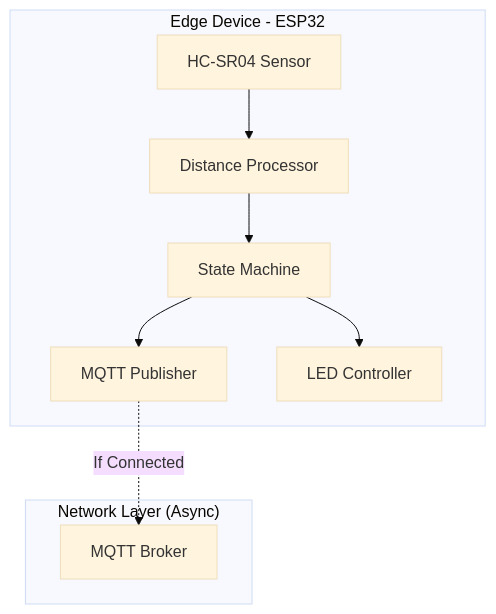
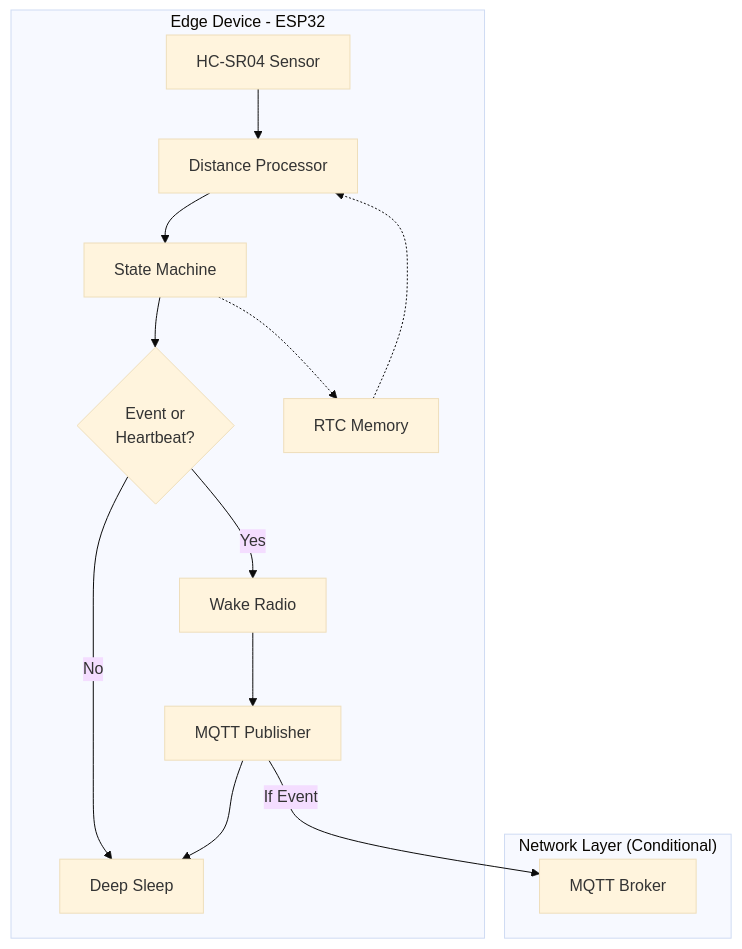
One commit to the-coding-carrot/IoT-Test changed the first of 2 diagrams in README.md. Above: the diagram before and after it, drawn with Mermaid (base theme). The commit also changed other lines of this file and 14 other files, not shown here.

Commit message:
Deep Sleep

````diff
--- a/README.md
+++ b/README.md
@@ -36,15 +105,20 @@
 ```mermaid
 graph TB
     subgraph "Edge Device - ESP32"
         A[HC-SR04 Sensor] --> B[Distance Processor]
         B --> C[State Machine]
-        C --> D[MQTT Publisher]
-        E[LED Controller]
+        C --> D{Event or<br/>Heartbeat?}
+        D -->|Yes| E[Wake Radio]
+        D -->|No| F[Deep Sleep]
+        E --> G[MQTT Publisher]
+        G --> F
+        H[RTC Memory]
     end
 
-    C --> E
+    C -.-> H
+    H -.-> B
 
-    subgraph "Network Layer (Async)"
-        D -.->|If Connected| F[MQTT Broker]
+    subgraph "Network Layer (Conditional)"
+        G -->|If Event| I[MQTT Broker]
     end
 ```
````
